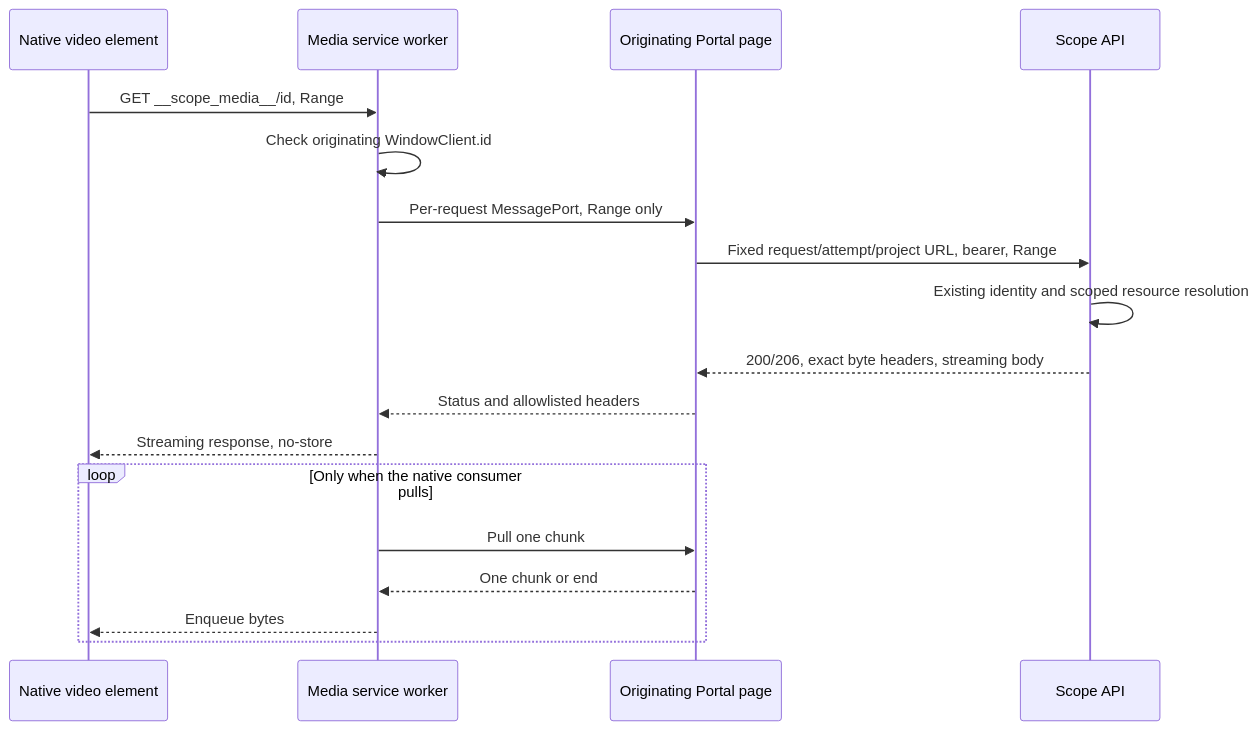
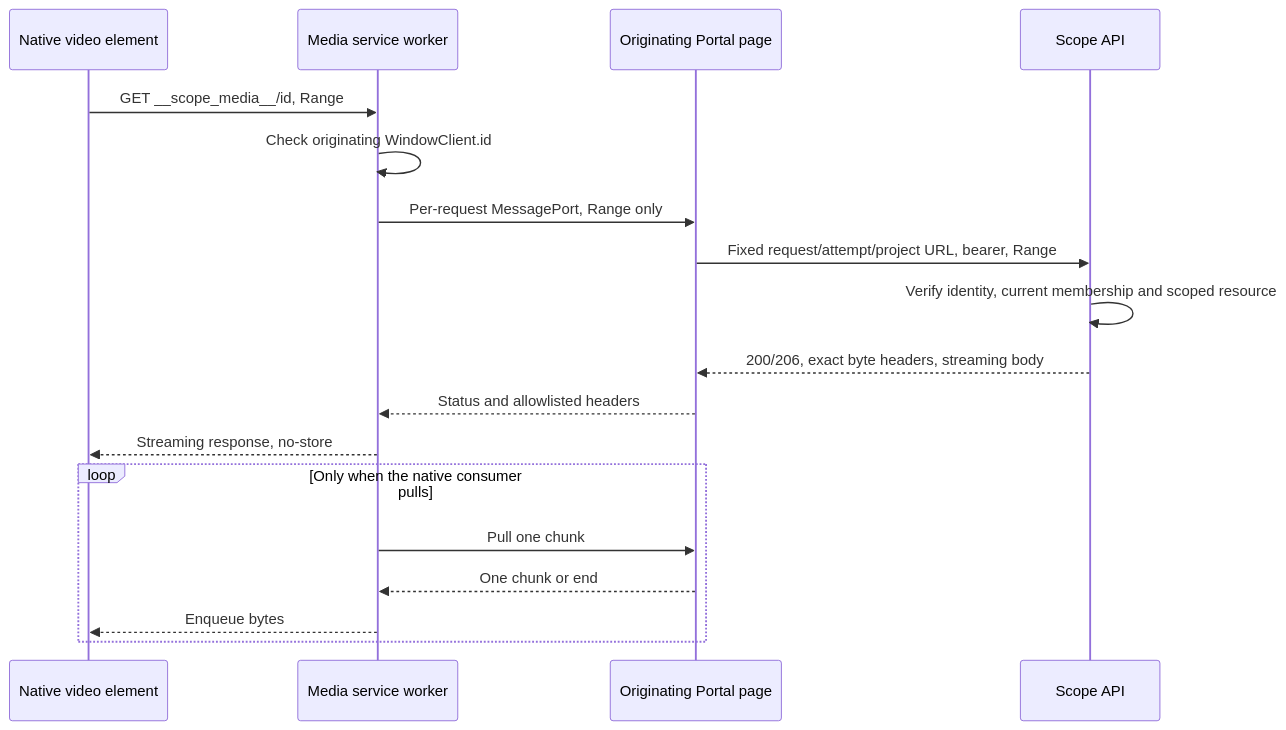
One commit to 1aifanatic/scope changed the diagram in docs/architecture/authenticated-media.md. Above: the diagram before and after it, drawn with Mermaid. The commit also changed other lines of this file and 154 other files, not shown here.

````diff
--- a/docs/architecture/authenticated-media.md
+++ b/docs/architecture/authenticated-media.md
@@ -16,20 +16,20 @@
 ```mermaid
 sequenceDiagram
     participant Video as Native video element
     participant Worker as Media service worker
     participant Page as Originating Portal page
     participant API as Scope API
     Video->>Worker: GET __scope_media__/id, Range
     Worker->>Worker: Check originating WindowClient.id
     Worker->>Page: Per-request MessagePort, Range only
     Page->>API: Fixed request/attempt/project URL, bearer, Range
-    API->>API: Existing identity and scoped resource resolution
+    API->>API: Verify identity, current membership and scoped resource
     API-->>Page: 200/206, exact byte headers, streaming body
     Page-->>Worker: Status and allowlisted headers
     Worker-->>Video: Streaming response, no-store
     loop Only when the native consumer pulls
         Worker->>Page: Pull one chunk
         Page-->>Worker: One chunk or end
         Worker-->>Video: Enqueue bytes
     end
 ```
````
